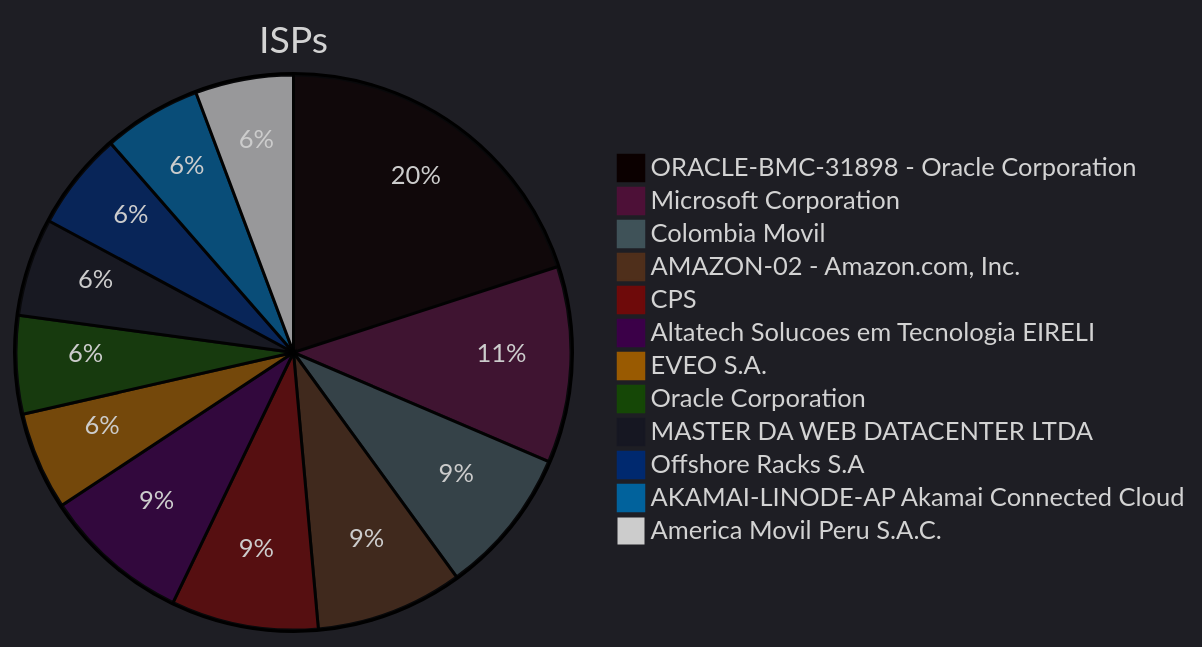
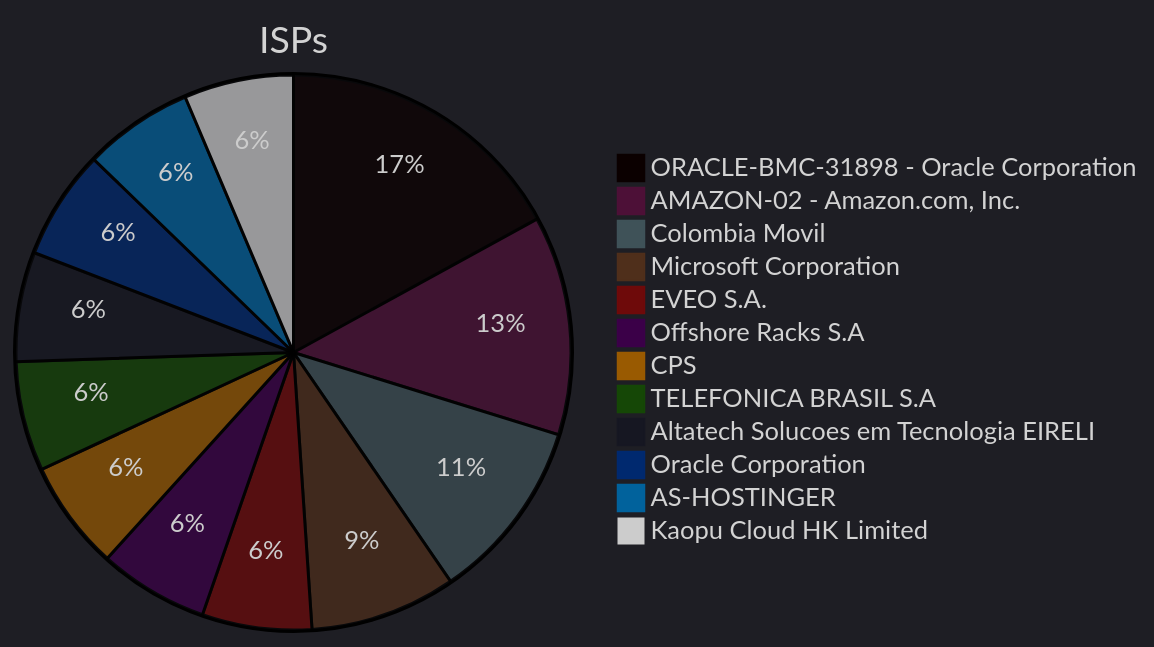
The fourth of 8 diagrams in zolim.md (ZoqueLabs/website), drawn with Mermaid before and after one commit. The commit also changed other lines of this file, not shown here.

````diff
--- a/zolim.md
+++ b/zolim.md
@@ -93,19 +93,19 @@
 ```mermaid
 ---
 config:
   theme: dark
 ---
 pie title ISPs
-  "ORACLE-BMC-31898 - Oracle Corporation" : 7
+  "ORACLE-BMC-31898 - Oracle Corporation" : 8
+  "AMAZON-02 - Amazon.com, Inc." : 6
+  "Colombia Movil" : 5
   "Microsoft Corporation" : 4
-  "Colombia Movil" : 3
-  "AMAZON-02 - Amazon.com, Inc." : 3
+  "EVEO S.A." : 3
+  "Offshore Racks S.A" : 3
   "CPS" : 3
+  "TELEFONICA BRASIL S.A" : 3
   "Altatech Solucoes em Tecnologia EIRELI" : 3
-  "EVEO S.A." : 2
-  "Oracle Corporation" : 2
-  "MASTER DA WEB DATACENTER LTDA" : 2
-  "Offshore Racks S.A" : 2
-  "AKAMAI-LINODE-AP Akamai Connected Cloud" : 2
-  "America Movil Peru S.A.C." : 2
+  "Oracle Corporation" : 3
+  "AS-HOSTINGER" : 3
+  "Kaopu Cloud HK Limited" : 3
 ```
````
